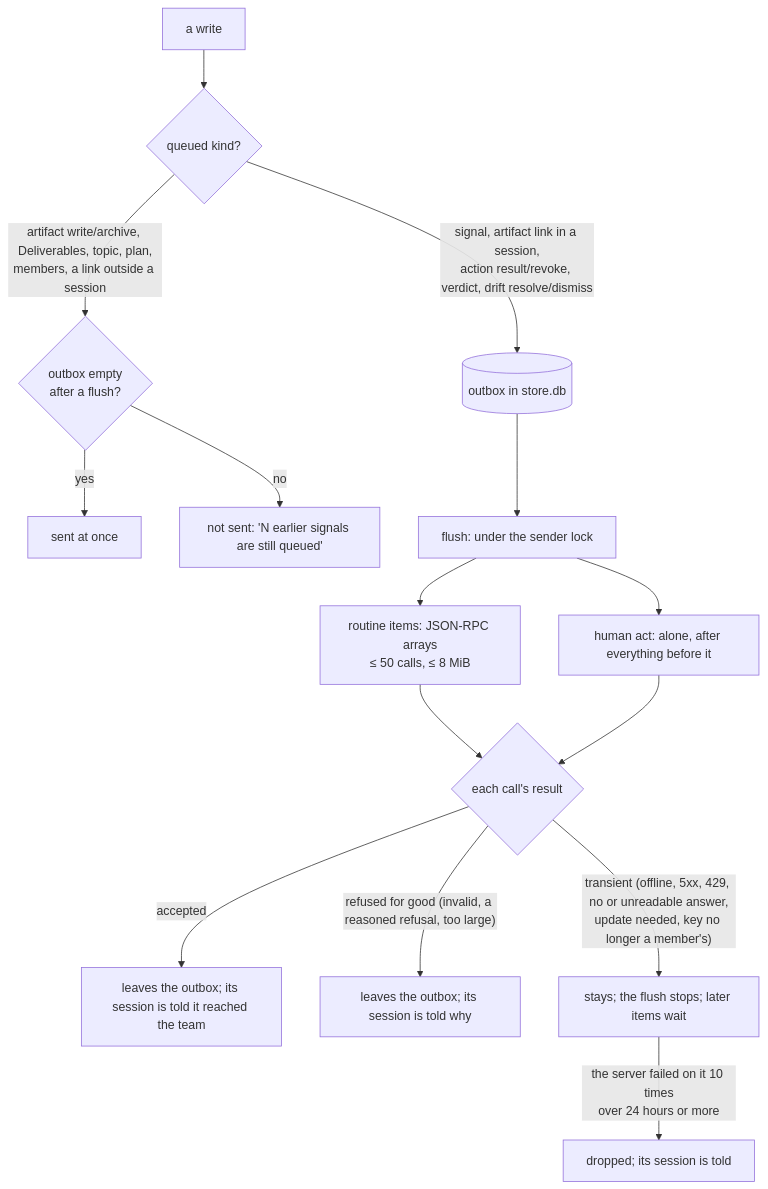
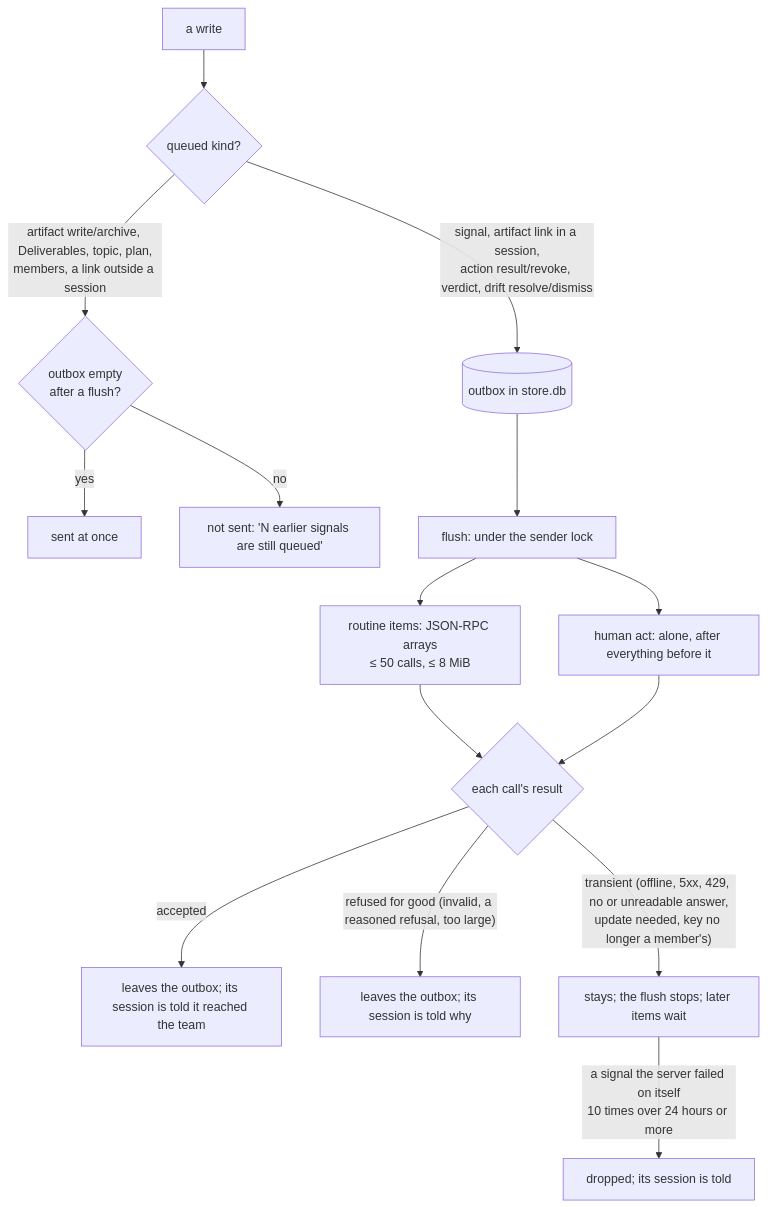
Before and after one commit to vutran1710/teamflow-cli: the second of 2 diagrams in README.md, drawn with Mermaid. The commit also changed other lines of this file, not shown here.

````diff
--- a/README.md
+++ b/README.md
@@ -194,17 +194,17 @@
 ```mermaid
 flowchart TD
     W[a write] --> Q{queued kind?}
     Q -- "signal, artifact link in a session,<br/>action result/revoke, verdict, drift resolve/dismiss" --> OB[(outbox in store.db)]
     Q -- "artifact write/archive, Deliverables, topic, plan,<br/>members, a link outside a session" --> G{outbox empty<br/>after a flush?}
     G -- yes --> SEND[sent at once]
     G -- no --> NS[not sent: 'N earlier signals are still queued']
     OB --> F[flush: under the sender lock]
     F --> B[routine items: JSON-RPC arrays<br/>≤ 50 calls, ≤ 8 MiB]
     F --> H[human act: alone, after everything before it]
     B --> R{each call's result}
     H --> R
     R -- accepted --> D[leaves the outbox; its session is told it reached the team]
     R -- "refused for good (invalid, a reasoned refusal, too large)" --> X[leaves the outbox; its session is told why]
     R -- "transient (offline, 5xx, 429, no or unreadable answer,<br/>update needed, key no longer a member's)" --> STOP[stays; the flush stops; later items wait]
-    STOP -- "the server failed on it 10 times<br/>over 24 hours or more" --> GU[dropped; its session is told]
+    STOP -- "a signal the server failed on itself<br/>10 times over 24 hours or more" --> GU[dropped; its session is told]
 ```
````
